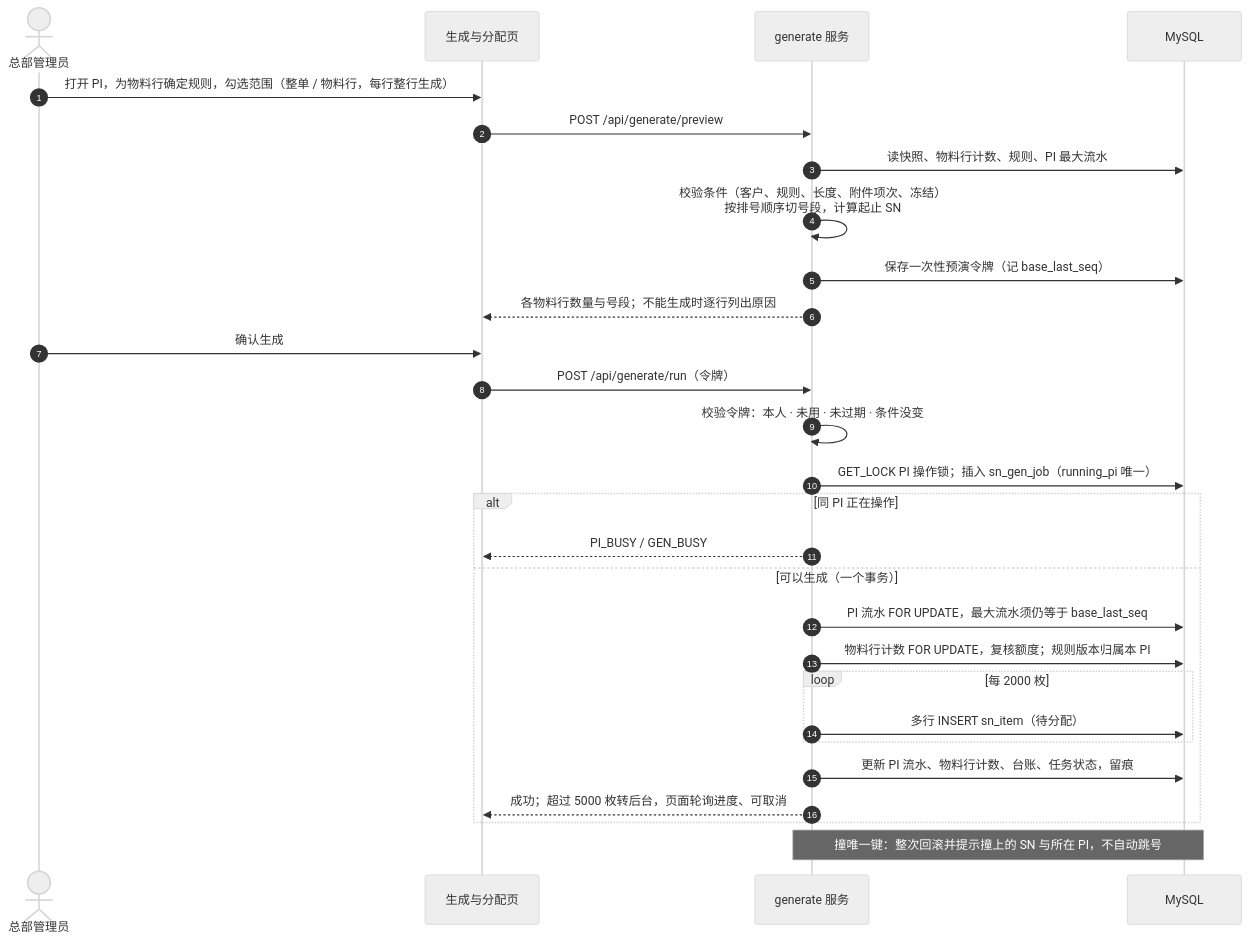
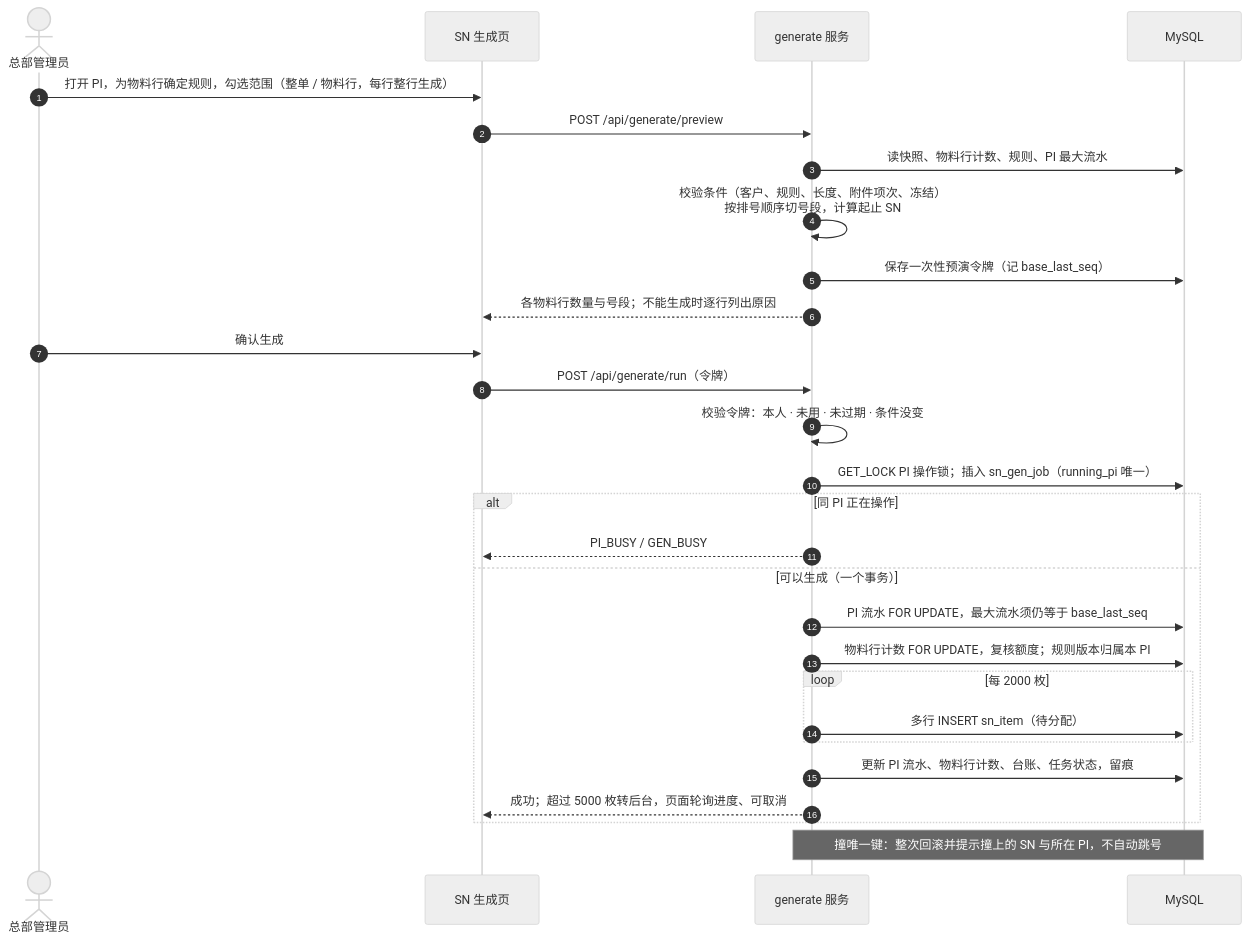
The diagram in docs/images/系统技术方案/fig3-1-generate-seq.mmd (Createsnow/sn-center), drawn with Mermaid (neutral theme) before and after one commit. The commit also changed 28 other files, not shown here.

```diff
--- a/docs/images/系统技术方案/fig3-1-generate-seq.mmd
+++ b/docs/images/系统技术方案/fig3-1-generate-seq.mmd
@@ -1,28 +1,28 @@
 sequenceDiagram
   autonumber
   actor A as 总部管理员
-  participant P as 生成与分配页
+  participant P as SN 生成页
   participant G as generate 服务
   participant D as MySQL
   A->>P: 打开 PI，为物料行确定规则，勾选范围（整单 / 物料行，每行整行生成）
   P->>G: POST /api/generate/preview
   G->>D: 读快照、物料行计数、规则、PI 最大流水
   G->>G: 校验条件（客户、规则、长度、附件项次、冻结）<br/>按排号顺序切号段，计算起止 SN
   G->>D: 保存一次性预演令牌（记 base_last_seq）
   G-->>P: 各物料行数量与号段；不能生成时逐行列出原因
   A->>P: 确认生成
   P->>G: POST /api/generate/run（令牌）
   G->>G: 校验令牌：本人 · 未用 · 未过期 · 条件没变
   G->>D: GET_LOCK PI 操作锁；插入 sn_gen_job（running_pi 唯一）
   alt 同 PI 正在操作
     G-->>P: PI_BUSY / GEN_BUSY
   else 可以生成（一个事务）
     G->>D: PI 流水 FOR UPDATE，最大流水须仍等于 base_last_seq
     G->>D: 物料行计数 FOR UPDATE，复核额度；规则版本归属本 PI
     loop 每 2000 枚
       G->>D: 多行 INSERT sn_item（待分配）
     end
     G->>D: 更新 PI 流水、物料行计数、台账、任务状态，留痕
     G-->>P: 成功；超过 5000 枚转后台，页面轮询进度、可取消
   end
   Note over G,D: 撞唯一键：整次回滚并提示撞上的 SN 与所在 PI，不自动跳号
```
